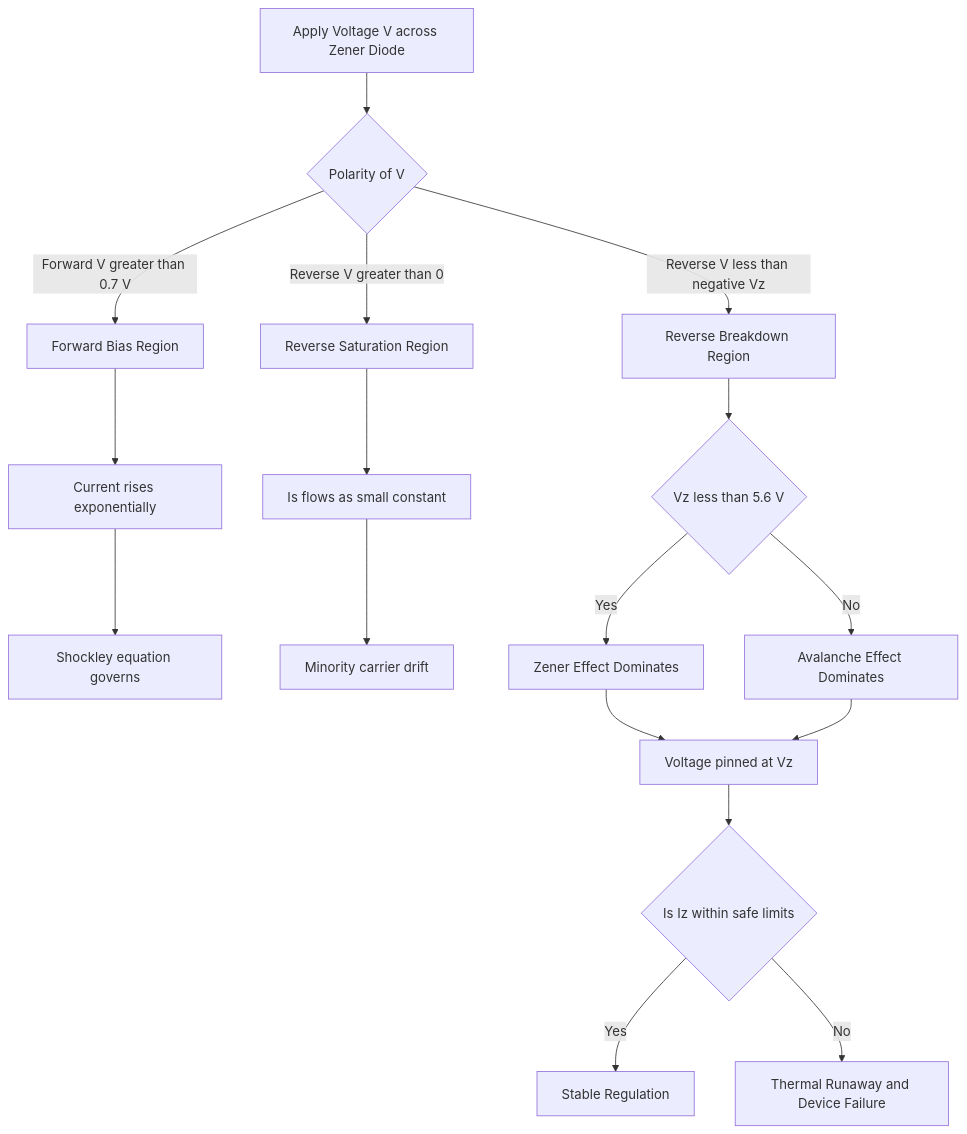
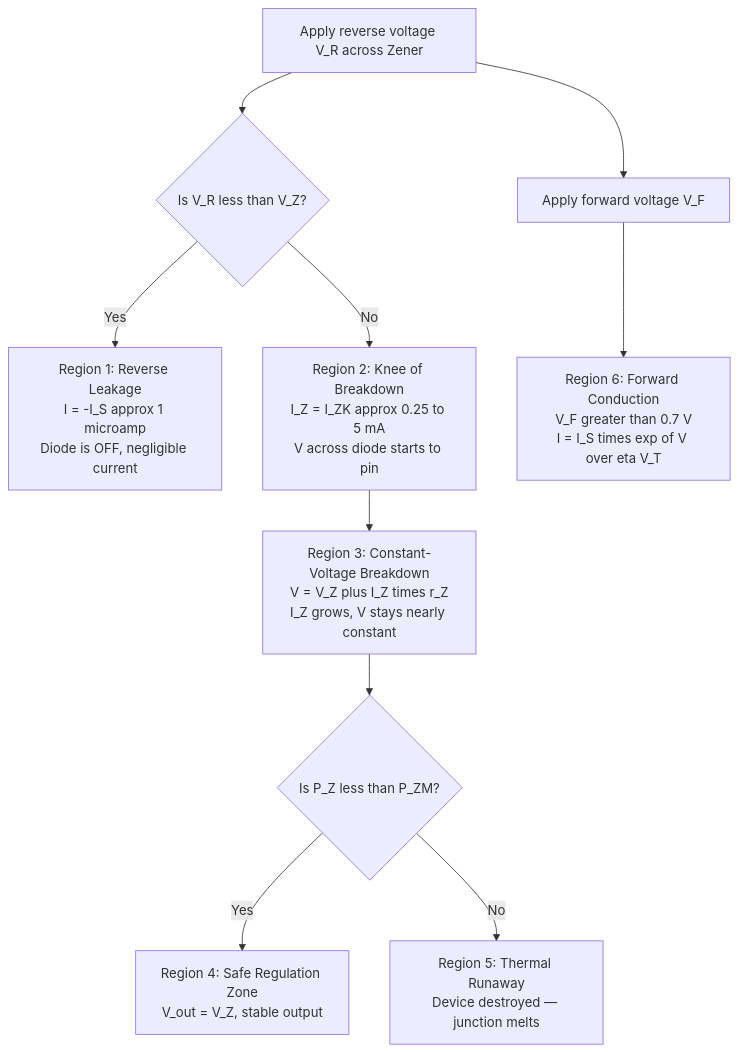
One commit to vishnuu-kr/ktunode changed the first of 4 diagrams in public/notes/computer-science-and-engineering/semester-1/gapht121-physics-for-information-science/04-module-4-semiconductor-devices/zener-diode-vi-characteristics/notes.md. Above: the diagram before and after it, drawn with Mermaid. The commit also changed other lines of this file and 4829 other files, not shown here.

````diff
--- a/public/notes/computer-science-and-engineering/semester-1/gapht121-physics-for-information-science/04-module-4-semiconductor-devices/zener-diode-vi-characteristics/notes.md
+++ b/public/notes/computer-science-and-engineering/semester-1/gapht121-physics-for-information-science/04-module-4-semiconductor-devices/zener-diode-vi-characteristics/notes.md
@@ -325,19 +339,11 @@
 ```mermaid
 flowchart TD
-    A[Apply Voltage V across Zener Diode] --> B{Polarity of V}
-    B -- Forward V greater than 0.7 V --> C[Forward Bias Region]
-    C --> C1[Current rises exponentially]
-    C1 --> C2[Shockley equation governs]
-    B -- Reverse V greater than 0 --> D[Reverse Saturation Region]
-    D --> D1[Is flows as small constant]
-    D1 --> D2[Minority carrier drift]
-    B -- Reverse V less than negative Vz --> E[Reverse Breakdown Region]
-    E --> E1{Vz less than 5.6 V}
-    E1 -- Yes --> E2[Zener Effect Dominates]
-    E1 -- No  --> E3[Avalanche Effect Dominates]
-    E2 --> F[Voltage pinned at Vz]
-    E3 --> F[Voltage pinned at Vz]
-    F --> G{Is Iz within safe limits}
-    G -- Yes --> H[Stable Regulation]
-    G -- No  --> I[Thermal Runaway and Device Failure]
+    A["Apply reverse voltage V_R across Zener"] --> B{"Is V_R less than V_Z?"}
+    B -- "Yes" --> C["Region 1: Reverse Leakage<br/>I = -I_S approx 1 microamp<br/>Diode is OFF, negligible current"]
+    B -- "No" --> D["Region 2: Knee of Breakdown<br/>I_Z = I_ZK approx 0.25 to 5 mA<br/>V across diode starts to pin"]
+    D --> E["Region 3: Constant-Voltage Breakdown<br/>V = V_Z plus I_Z times r_Z<br/>I_Z grows, V stays nearly constant"]
+    E --> F{"Is P_Z less than P_ZM?"}
+    F -- "Yes" --> G["Region 4: Safe Regulation Zone<br/>V_out = V_Z, stable output"]
+    F -- "No" --> H["Region 5: Thermal Runaway<br/>Device destroyed — junction melts"]
+    A --> I["Apply forward voltage V_F"] --> J["Region 6: Forward Conduction<br/>V_F greater than 0.7 V<br/>I = I_S times exp of V over eta V_T"]
 ```
````
